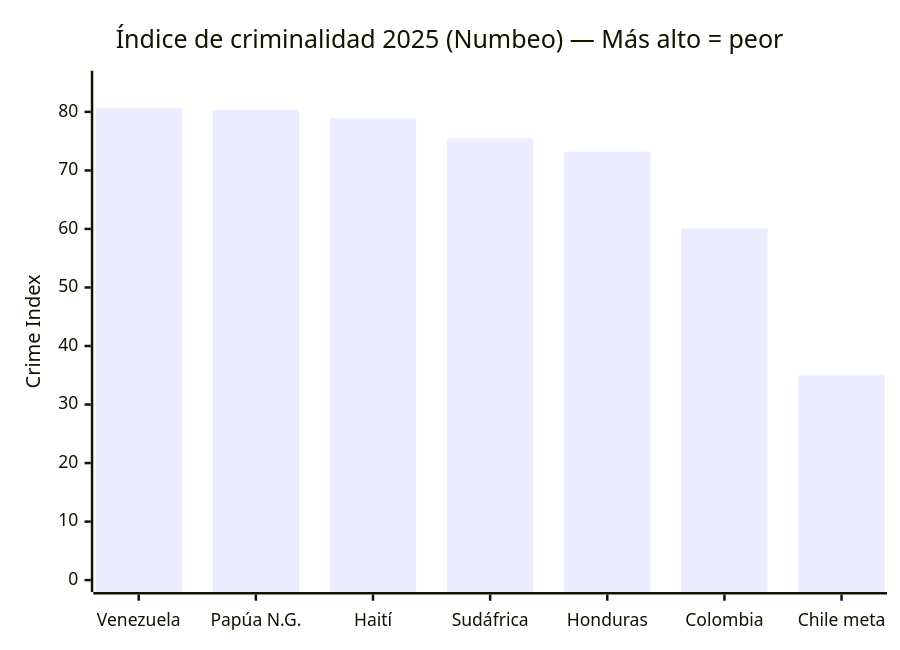
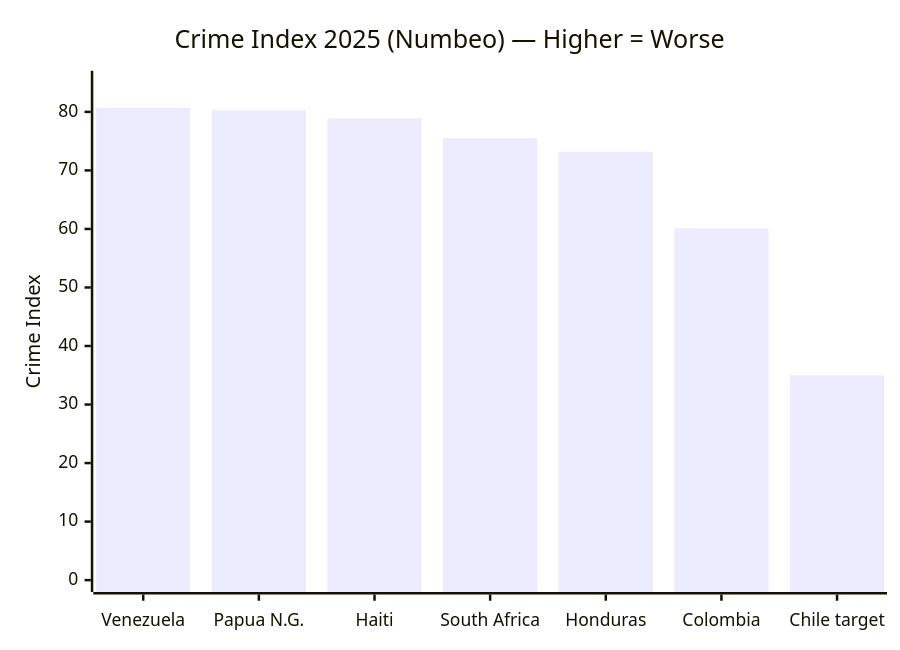
The first of 4 diagrams in i18n/en/docusaurus-plugin-content-docs/current/04-gobernanza/seguridad-fisica.md (Venezuela-S-A/venezuela-sa), drawn with Mermaid before and after one commit. The commit also changed other lines of this file and 127 other files, not shown here.

````diff
--- a/i18n/en/docusaurus-plugin-content-docs/current/04-gobernanza/seguridad-fisica.md
+++ b/i18n/en/docusaurus-plugin-content-docs/current/04-gobernanza/seguridad-fisica.md
@@ -10,7 +10,7 @@
 ```mermaid
 xychart-beta
-    title "Índice de criminalidad 2025 (Numbeo) — Más alto = peor"
-    x-axis ["Venezuela", "Papúa N.G.", "Haití", "Sudáfrica", "Honduras", "Colombia", "Chile meta"]
+    title "Crime Index 2025 (Numbeo) — Higher = Worse"
+    x-axis ["Venezuela", "Papua N.G.", "Haiti", "South Africa", "Honduras", "Colombia", "Chile target"]
     y-axis "Crime Index" 0 --> 85
     bar [80.7, 80.3, 78.9, 75.5, 73.2, 60.1, 35]
 ```
````
